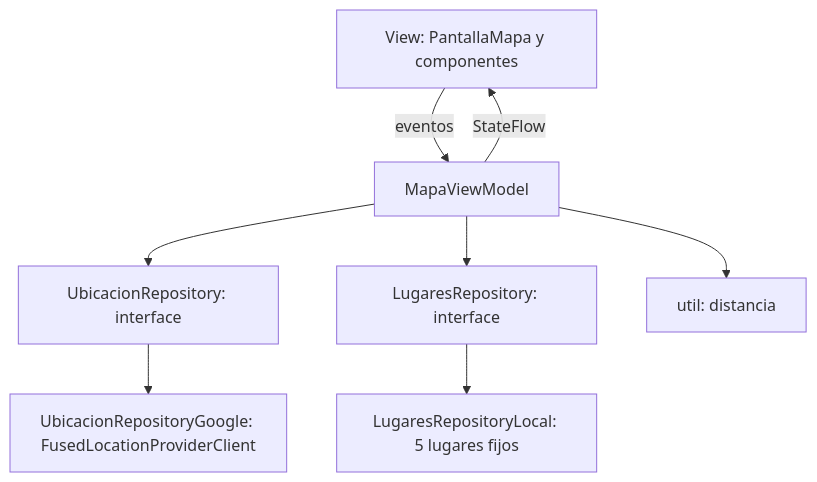
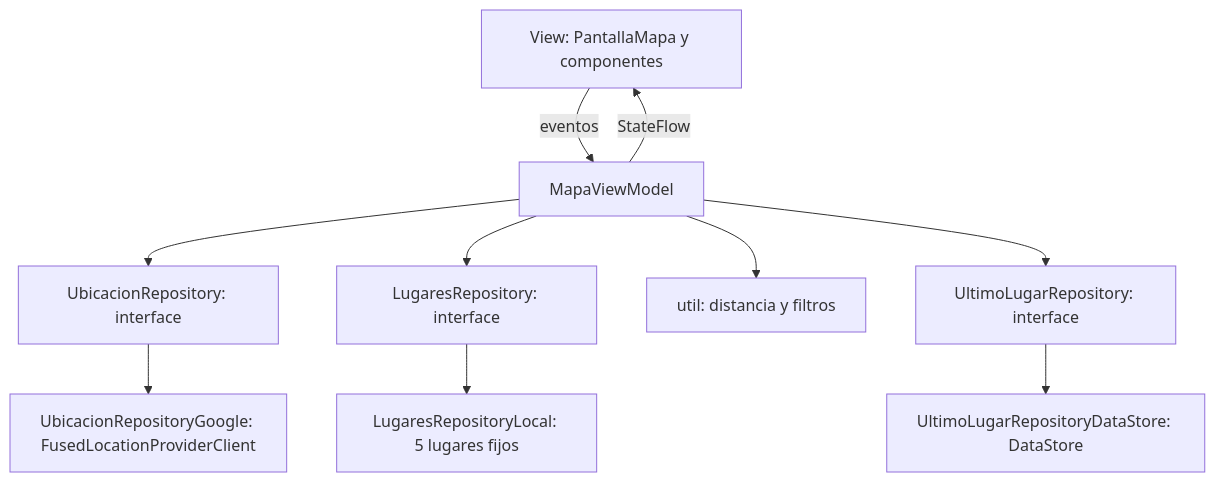
The diagram in Semana 13/Campus GPS/README.md (fairuscmancilla-hash/Programacion-movil), drawn with Mermaid before and after one commit. The commit also changed other lines of this file and 4 other files, not shown here.

````diff
--- a/Semana 13/Campus GPS/README.md
+++ b/Semana 13/Campus GPS/README.md
@@ -49,10 +54,12 @@
 ```mermaid
 flowchart TD
     View[View: PantallaMapa y componentes] -->|eventos| VM[MapaViewModel]
     VM -->|StateFlow| View
     VM --> U[UbicacionRepository: interface]
     VM --> L[LugaresRepository: interface]
     U --> G[UbicacionRepositoryGoogle: FusedLocationProviderClient]
     L --> F[LugaresRepositoryLocal: 5 lugares fijos]
-    VM --> D[util: distancia]
+    VM --> D[util: distancia y filtros]
+    VM --> R[UltimoLugarRepository: interface]
+    R --> S[UltimoLugarRepositoryDataStore: DataStore]
 ```
````
